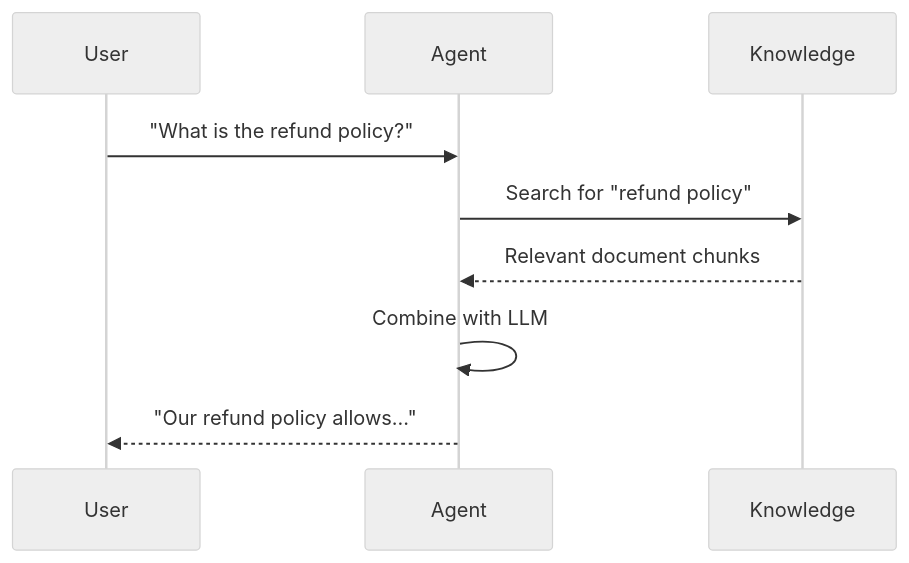
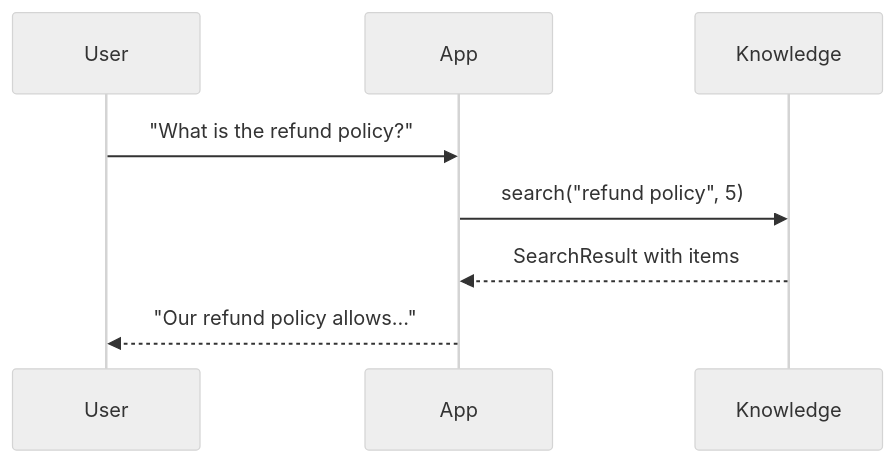
One commit to MervinPraison/PraisonAIDocs changed the second of 2 diagrams in docs/rust/knowledge.mdx. Above: the diagram before and after it, drawn with Mermaid (neutral theme). The commit also changed other lines of this file and 39 other files, not shown here.

````diff
--- a/docs/rust/knowledge.mdx
+++ b/docs/rust/knowledge.mdx
@@ -66,12 +79,11 @@
 ```mermaid
 sequenceDiagram
     participant User
-    participant Agent
+    participant App
     participant Knowledge
     
-    User->>Agent: "What is the refund policy?"
-    Agent->>Knowledge: Search for "refund policy"
-    Knowledge-->>Agent: Relevant document chunks
-    Agent->>Agent: Combine with LLM
-    Agent-->>User: "Our refund policy allows..."
+    User->>App: "What is the refund policy?"
+    App->>Knowledge: search("refund policy", 5)
+    Knowledge-->>App: SearchResult with items
+    App-->>User: "Our refund policy allows..."
 ```
````
